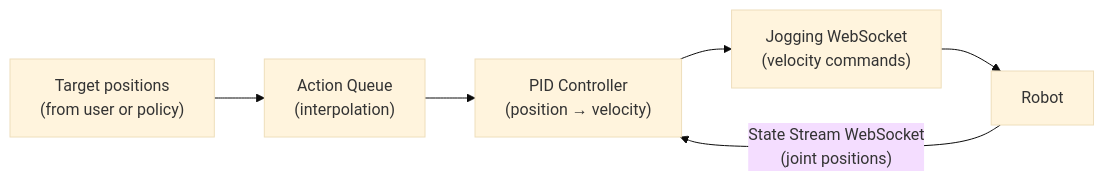
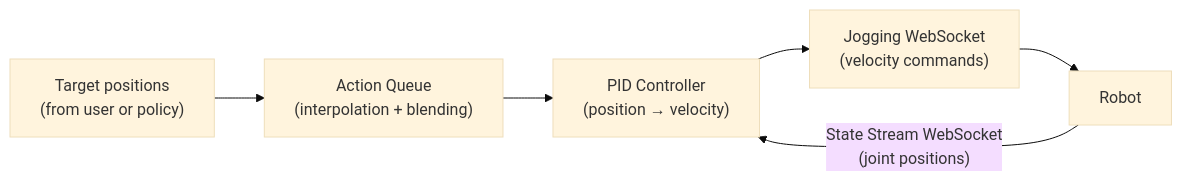
Before and after one commit to wandelbotsgmbh/wandelbots-nova: the first of 2 diagrams in policy/JOGGING.md, drawn with Mermaid (base theme). The commit also changed other lines of this file and 9 other files, not shown here.

````diff
--- a/policy/JOGGING.md
+++ b/policy/JOGGING.md
@@ -13,8 +13,8 @@
 ```mermaid
 flowchart LR
-    Target["Target positions\n(from user or policy)"] --> AQ["Action Queue\n(interpolation)"]
+    Target["Target positions\n(from user or policy)"] --> AQ["Action Queue\n(interpolation + blending)"]
     AQ --> PID["PID Controller\n(position → velocity)"]
     PID --> Jog["Jogging WebSocket\n(velocity commands)"]
     Jog --> Robot["Robot"]
     Robot -->|"State Stream WebSocket\n(joint positions)"| PID
 ```
````
